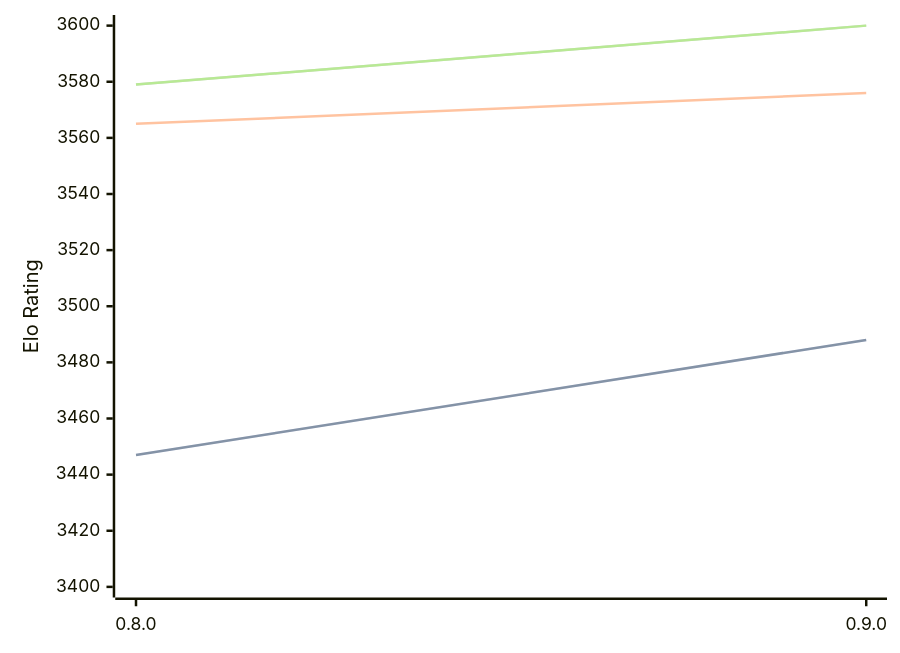
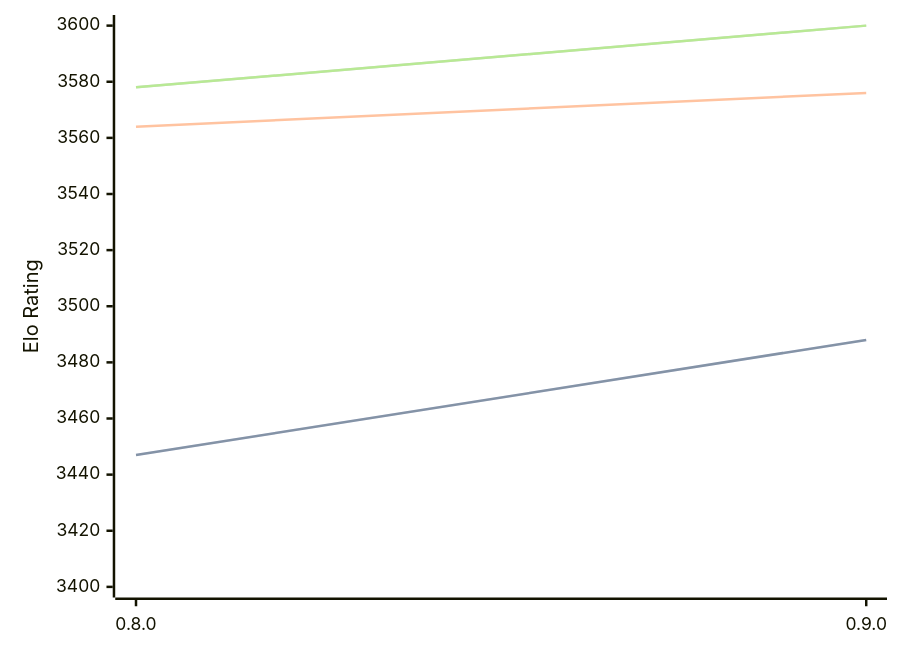
The diagram in engines/Reckless.md (computer-chess-index/cci), drawn with Mermaid before and after one commit. The commit also changed other lines of this file, not shown here.

Commit message:
Update CCI Ratings (ELO VLTC) - 2026-09-12

````diff
--- a/engines/Reckless.md
+++ b/engines/Reckless.md
@@ -32,11 +32,11 @@
 ```mermaid
 %%{init: {"theme":"base","themeVariables":{"seriesColors:['#a3a3a3','#222221','#faa371']}}}%%
 xychart-beta
   x-axis ["0.8.0", "0.9.0"]
   y-axis "Elo Rating" 3400 --> 3600
   line "" [3447, 3488]
   line "STC (8.0+0.08s)" [3447, 3488]
-  line "LTC (60.0+0.60s)" [3565, 3576]
-  line "" [3579, 3600]
-  line "VLTC (2m24s+1.12s)" [3579, 3600]
+  line "LTC (60.0+0.60s)" [3564, 3576]
+  line "" [3578, 3600]
+  line "VLTC (2m24s+1.12s)" [3578, 3600]
 ```
````
